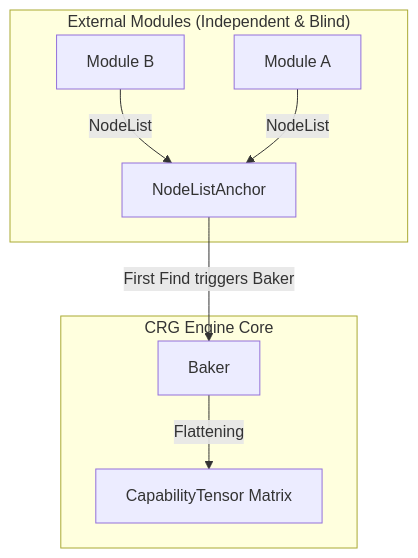
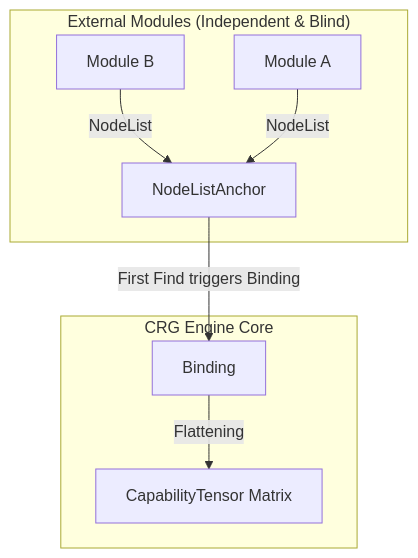
One commit to CT-74/CapabilityReconstructionGraph changed the first of 3 diagrams in paper/paper.md. Above: the diagram before and after it, drawn with Mermaid. The commit also changed 10 other files, not shown here.

Commit message:
renaming baker to binding

````diff
--- a/paper/paper.md
+++ b/paper/paper.md
@@ -23,14 +23,14 @@
 ```mermaid
 graph TD
     subgraph "External Modules (Independent & Blind)"
         B[Module B] -->|NodeList| Anchor
         A[Module A] -->|NodeList| Anchor
     end
     subgraph "CRG Engine Core"
         Anchor[NodeListAnchor]
-        Baker[Baker]
+        Binding[Binding]
         Tensor[CapabilityTensor Matrix]
     end
-    Anchor -->|First Find triggers Baker| Baker
-    Baker -->|Flattening| Tensor
+    Anchor -->|First Find triggers Binding| Binding
+    Binding -->|Flattening| Tensor
 ```
````
